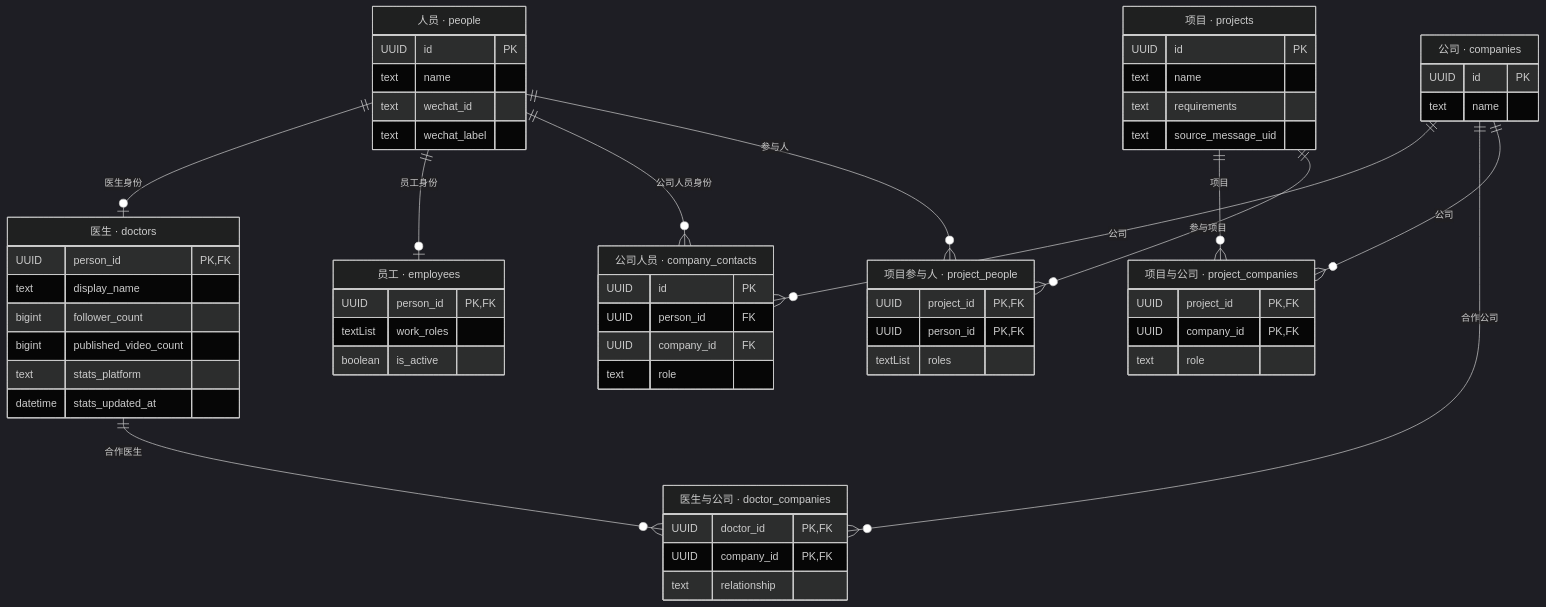
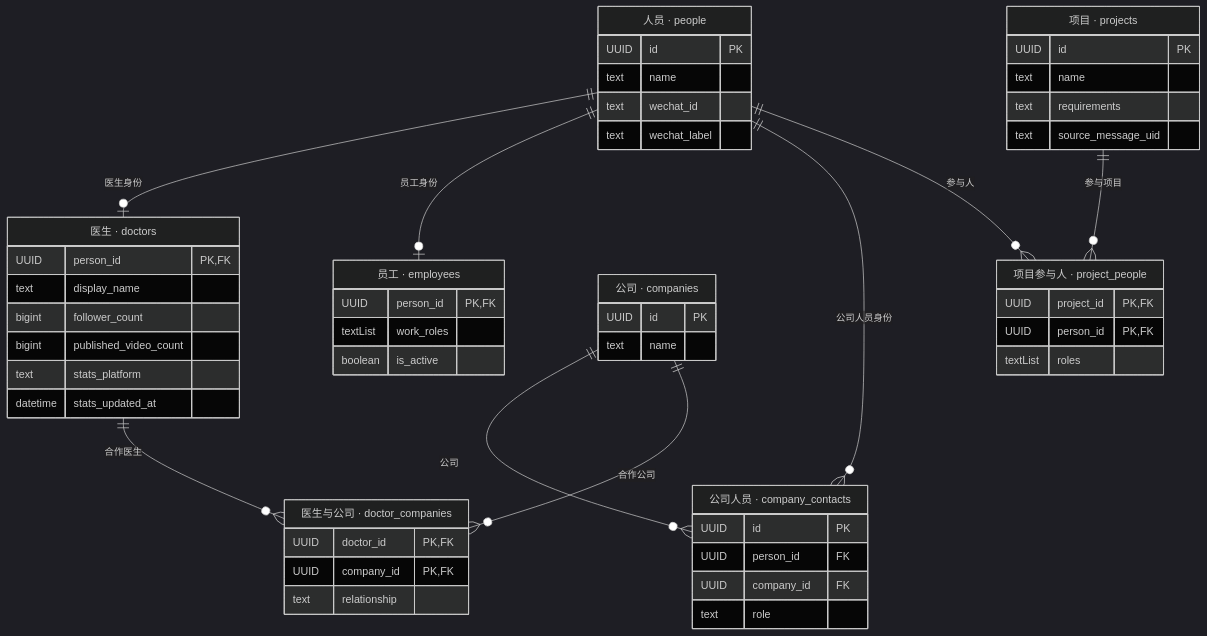
Before and after one commit to xunzhengkepu/docs: the diagram in task-model-20261017/maizi-task-database-20261017-v01-people.mmd, drawn with Mermaid (dark theme). The commit also changed 8 other files, not shown here.

```diff
--- a/task-model-20261017/maizi-task-database-20261017-v01-people.mmd
+++ b/task-model-20261017/maizi-task-database-20261017-v01-people.mmd
@@ -1,61 +1,54 @@
 erDiagram
     people ||--o| doctors : "医生身份"
     people ||--o| employees : "员工身份"
     people ||--o{ company_contacts : "公司人员身份"
     companies ||--o{ company_contacts : "公司"
     doctors ||--o{ doctor_companies : "合作医生"
     companies ||--o{ doctor_companies : "合作公司"
-    projects ||--o{ project_companies : "项目"
-    companies ||--o{ project_companies : "公司"
     projects ||--o{ project_people : "参与项目"
     people ||--o{ project_people : "参与人"
     people["人员 · people"] {
         UUID id PK
         text name
         text wechat_id
         text wechat_label
     }
     doctors["医生 · doctors"] {
         UUID person_id PK,FK
         text display_name
         bigint follower_count
         bigint published_video_count
         text stats_platform
         datetime stats_updated_at
     }
     employees["员工 · employees"] {
         UUID person_id PK,FK
         textList work_roles
         boolean is_active
     }
     company_contacts["公司人员 · company_contacts"] {
         UUID id PK
         UUID person_id FK
         UUID company_id FK
         text role
     }
     companies["公司 · companies"] {
         UUID id PK
         text name
     }
     doctor_companies["医生与公司 · doctor_companies"] {
         UUID doctor_id PK,FK
         UUID company_id PK,FK
         text relationship
     }
     projects["项目 · projects"] {
         UUID id PK
         text name
         text requirements
         text source_message_uid
     }
-    project_companies["项目与公司 · project_companies"] {
-        UUID project_id PK,FK
-        UUID company_id PK,FK
-        text role
-    }
     project_people["项目参与人 · project_people"] {
         UUID project_id PK,FK
         UUID person_id PK,FK
         textList roles
     }
```
